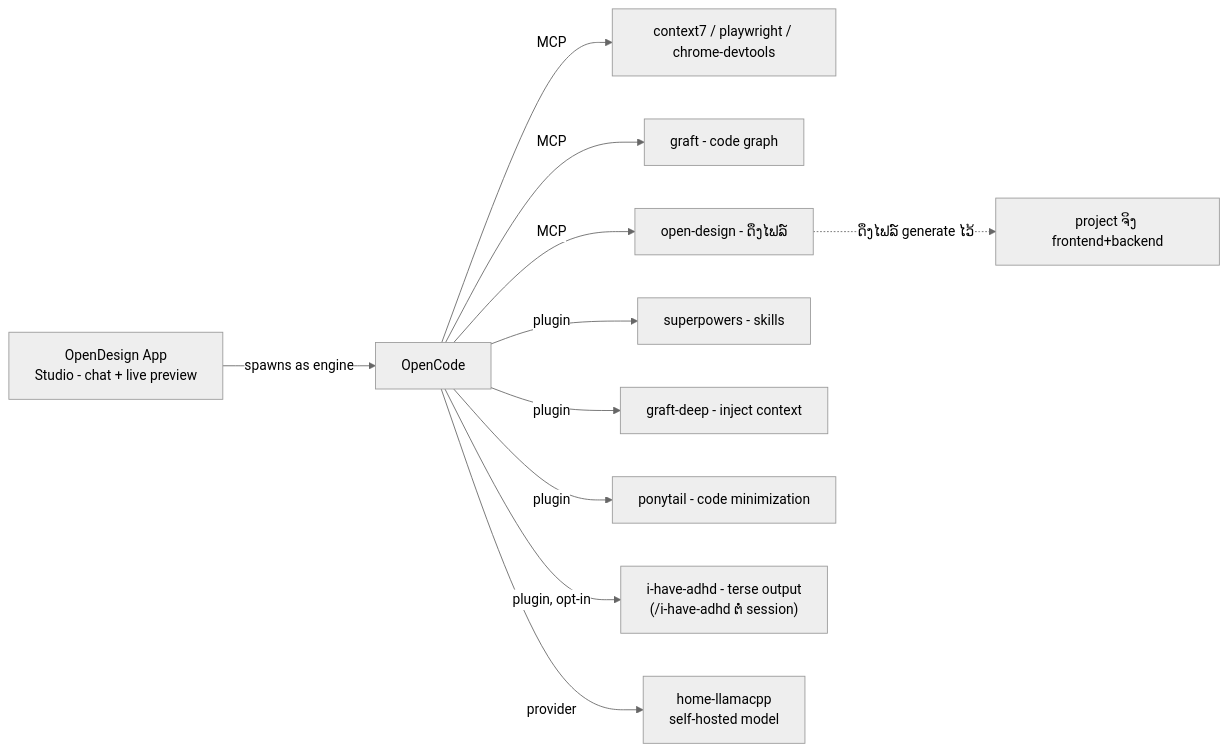
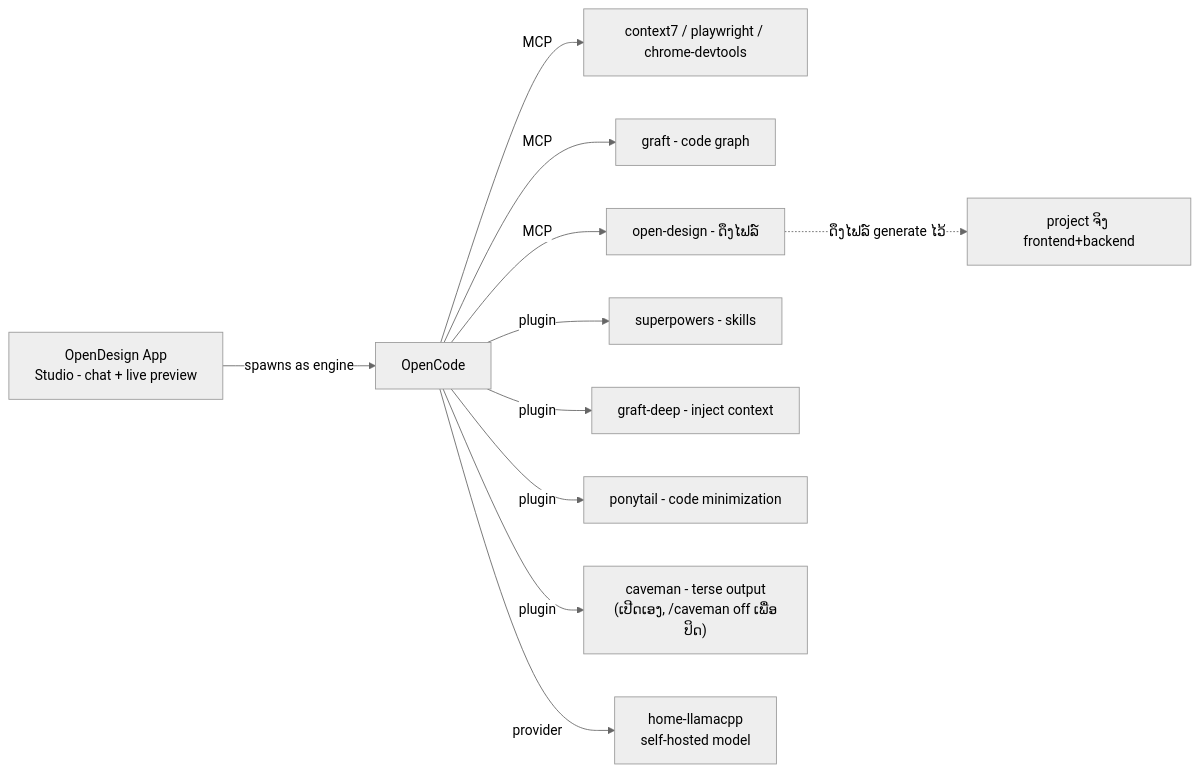
The second of 4 diagrams in lo/USER-MANUAL.md (adcident12/my-manual-opencode), drawn with Mermaid (neutral theme) before and after one commit. The commit also changed other lines of this file and 47 other files, not shown here.

````diff
--- a/lo/USER-MANUAL.md
+++ b/lo/USER-MANUAL.md
@@ -30,13 +181,13 @@
 ```mermaid
 graph LR
     A[OpenDesign App<br/>Studio - chat + live preview] -->|spawns as engine| B[OpenCode]
     B -->|MCP| C[context7 / playwright / chrome-devtools]
     B -->|MCP| D[graft - code graph]
     B -->|MCP| E[open-design - ດຶງໄຟລ໌]
     B -->|plugin| F[superpowers - skills]
     B -->|plugin| G[graft-deep - inject context]
     B -->|plugin| L[ponytail - code minimization]
-    B -->|plugin, opt-in| M["i-have-adhd - terse output<br/>(/i-have-adhd ຕໍ່ session)"]
+    B -->|plugin| M["caveman - terse output<br/>(ເປີດເອງ, /caveman off ເພື່ອປິດ)"]
     B -->|provider| H[home-llamacpp<br/>self-hosted model]
     E -.->|ດຶງໄຟລ໌ generate ໄວ້| I[project ຈິງ frontend+backend]
 ```
````
